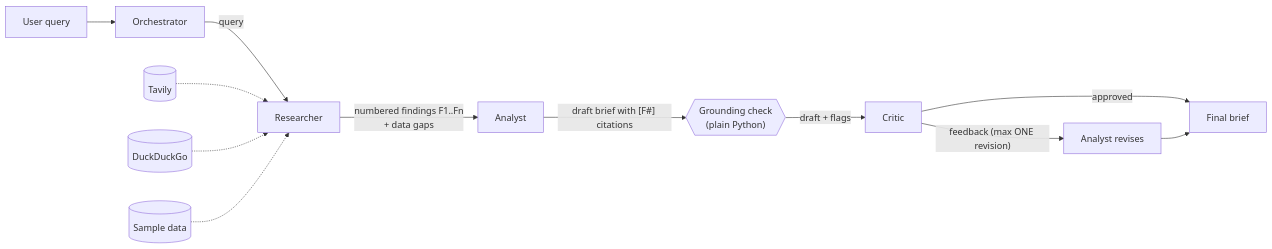
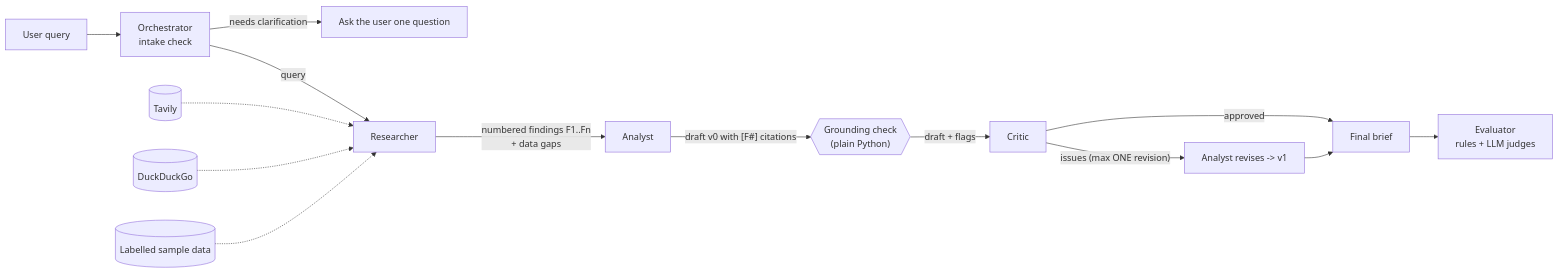
One commit to cive202/Research_Agent changed the diagram in README.md. Above: the diagram before and after it, drawn with Mermaid. The commit also changed other lines of this file and 1 other file, not shown here.

````diff
--- a/README.md
+++ b/README.md
@@ -106,14 +253,16 @@
 ```mermaid
 flowchart LR
-    U[User query] --> O[Orchestrator]
+    U[User query] --> O[Orchestrator<br/>intake check]
+    O -->|"needs clarification"| Q[Ask the user one question]
     O -->|query| R[Researcher]
     R -->|"numbered findings F1..Fn<br/>+ data gaps"| A[Analyst]
-    A -->|"draft brief with [F#] citations"| G{{"Grounding check<br/>(plain Python)"}}
+    A -->|"draft v0 with [F#] citations"| G{{"Grounding check<br/>(plain Python)"}}
     G -->|"draft + flags"| C[Critic]
     C -->|approved| F[Final brief]
-    C -->|"feedback (max ONE revision)"| A2[Analyst revises]
+    C -->|"issues (max ONE revision)"| A2[Analyst revises -> v1]
     A2 --> F
+    F --> E[Evaluator<br/>rules + LLM judges]
     S1[(Tavily)] -.-> R
     S2[(DuckDuckGo)] -.-> R
-    S3[(Sample data)] -.-> R
+    S3[(Labelled sample data)] -.-> R
 ```
````
